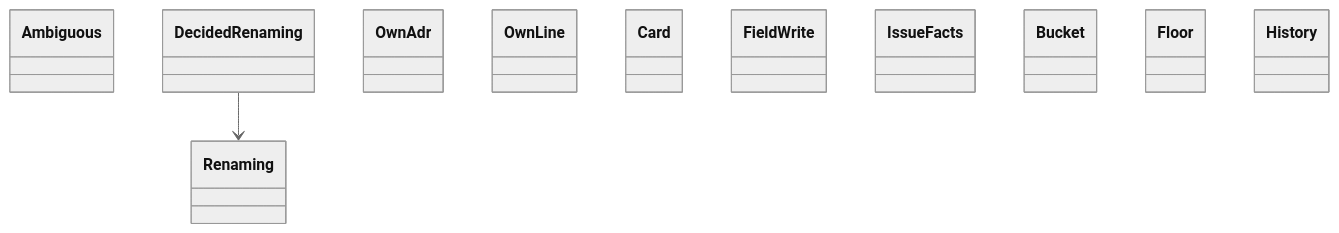
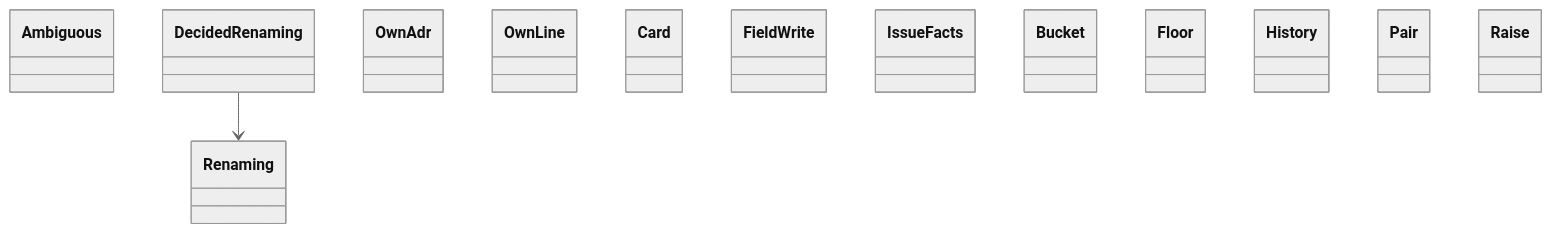
Before and after one commit to GonzaloZevallos/agentic-system: the diagram in docs/architecture/generated/classes-process-domain-landing-1.md, drawn with Mermaid (neutral theme). The commit also changed 7 other files, not shown here.

````diff
--- a/docs/architecture/generated/classes-process-domain-landing-1.md
+++ b/docs/architecture/generated/classes-process-domain-landing-1.md
@@ -23,15 +23,17 @@
 ```mermaid
 classDiagram
     class adr_numbers__Ambiguous["Ambiguous"]
     class adr_numbers__DecidedRenaming["DecidedRenaming"]
     class adr_numbers__OwnAdr["OwnAdr"]
     class adr_numbers__OwnLine["OwnLine"]
     class adr_numbers__Renaming["Renaming"]
     class board__Card["Card"]
     class board__FieldWrite["FieldWrite"]
     class board__IssueFacts["IssueFacts"]
     class cost_history__Bucket["Bucket"]
     class cost_history__Floor["Floor"]
     class cost_history__History["History"]
+    class cost_history__Pair["Pair"]
+    class cost_history__Raise["Raise"]
     adr_numbers__DecidedRenaming --> adr_numbers__Renaming
 ```
````
